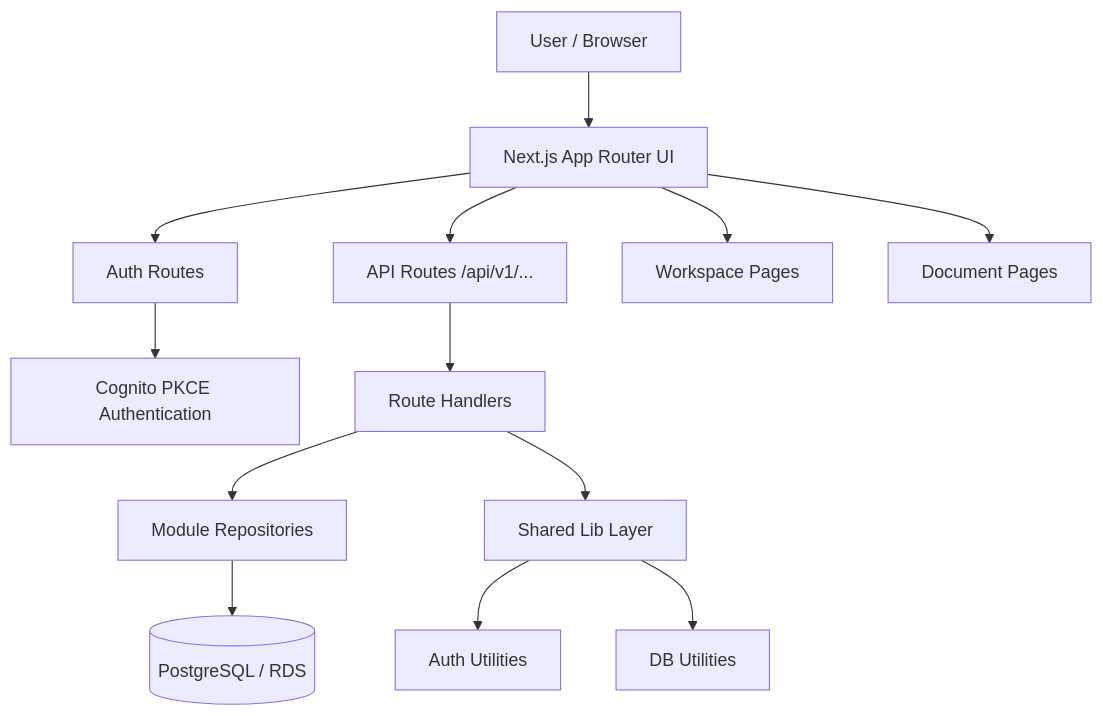
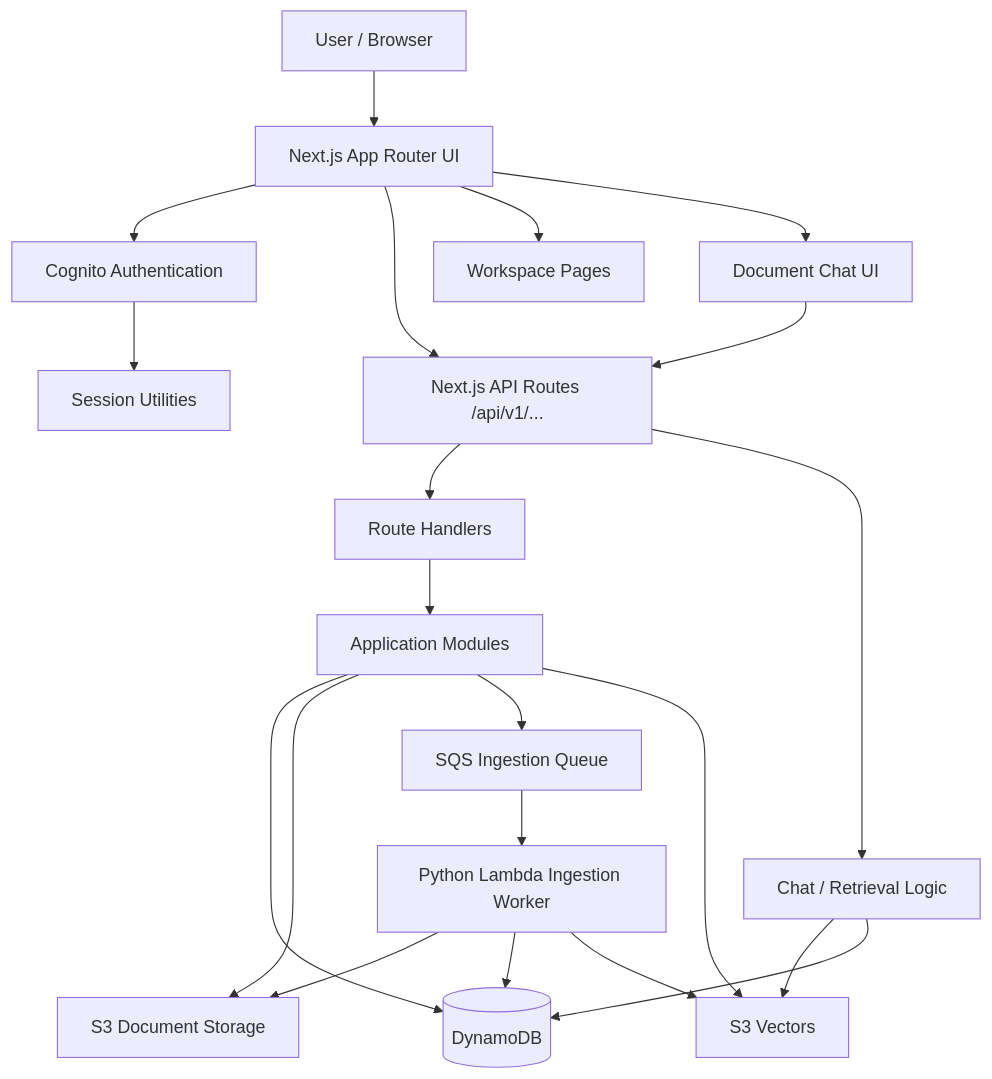
Before and after one commit to jay-web/ayd-workspace: the first of 3 diagrams in docs/high-level-architecture.md, drawn with Mermaid. The commit also changed other lines of this file and 1 other file, not shown here.

Commit message:
Update high level architecture and route md file docs

````diff
--- a/docs/high-level-architecture.md
+++ b/docs/high-level-architecture.md
@@ -10,20 +11,30 @@
 ```mermaid
 flowchart TD
 
     A[User / Browser] --> B[Next.js App Router UI]
 
-    B --> C[Auth Routes]
-    B --> D[API Routes /api/v1/...]
+    B --> C[Cognito Authentication]
+    B --> D[Next.js API Routes /api/v1/...]
     B --> E[Workspace Pages]
-    B --> F[Document Pages]
+    B --> F[Document Chat UI]
 
-    C --> G[Cognito PKCE Authentication]
+    C --> G[Session Utilities]
 
     D --> H[Route Handlers]
-    H --> I[Module Repositories]
-    I --> J[(PostgreSQL / RDS)]
+    H --> I[Application Modules]
 
-    H --> K[Shared Lib Layer]
-    K --> L[Auth Utilities]
-    K --> M[DB Utilities]
+    I --> J[(DynamoDB)]
+    I --> K[S3 Document Storage]
+    I --> L[SQS Ingestion Queue]
+    I --> M[S3 Vectors]
+
+    L --> N[Python Lambda Ingestion Worker]
+    N --> K
+    N --> J
+    N --> M
+
+    F --> D
+    D --> O[Chat / Retrieval Logic]
+    O --> M
+    O --> J
 ```
````
